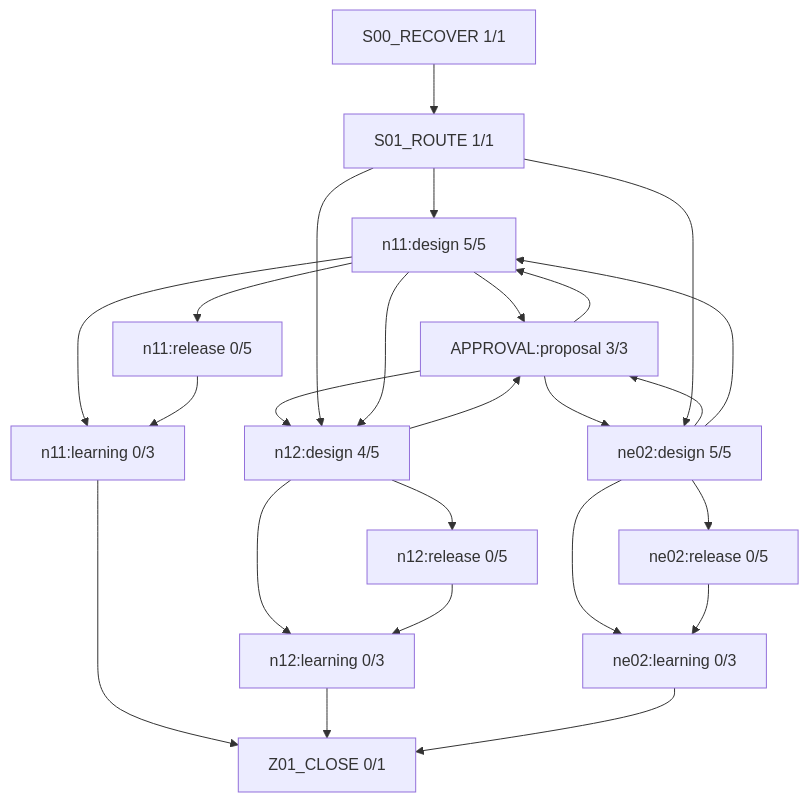
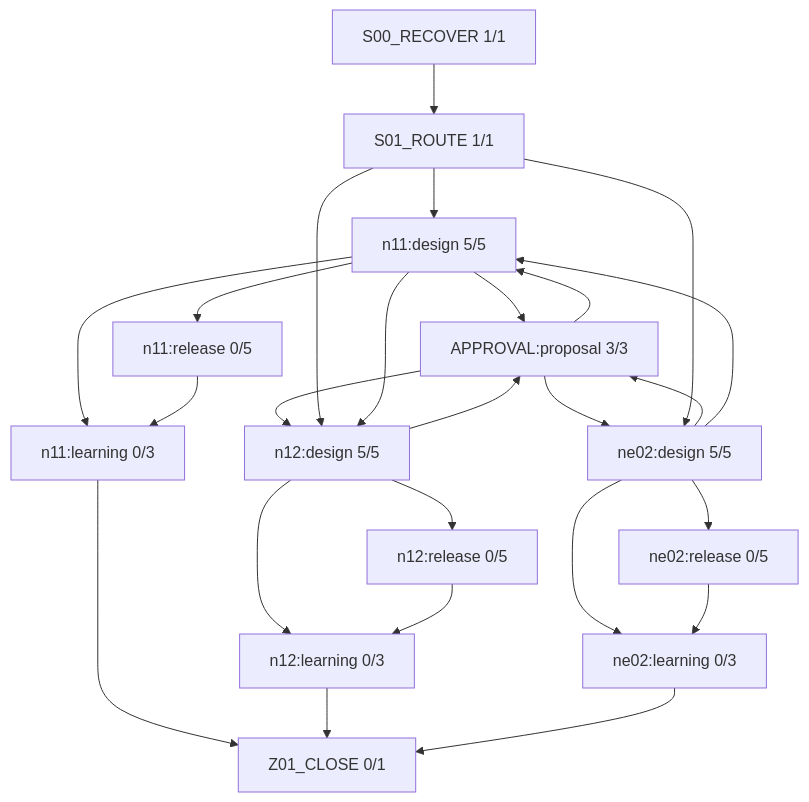
One commit to rrikunagasige-dot/kyotsu-step-web changed the diagram in work/items/W-MATH-036-ne02-n11-n12-guided-design/generated/FIRE_DIAGRAM.md. Above: the diagram before and after it, drawn with Mermaid. The commit also changed other lines of this file and 17 other files, not shown here.

````diff
--- a/work/items/W-MATH-036-ne02-n11-n12-guided-design/generated/FIRE_DIAGRAM.md
+++ b/work/items/W-MATH-036-ne02-n11-n12-guided-design/generated/FIRE_DIAGRAM.md
@@ -5,40 +5,40 @@
 ```mermaid
 flowchart TD
   N0["S00_RECOVER 1/1"]
   N1["S01_ROUTE 1/1"]
   N2["ne02:design 5/5"]
   N3["APPROVAL:proposal 3/3"]
   N4["ne02:release 0/5"]
   N5["n11:design 5/5"]
   N6["n11:release 0/5"]
-  N7["n12:design 4/5"]
+  N7["n12:design 5/5"]
   N8["n12:release 0/5"]
   N9["ne02:learning 0/3"]
   N10["n11:learning 0/3"]
   N11["n12:learning 0/3"]
   N12["Z01_CLOSE 0/1"]
   N3 --> N5
   N3 --> N7
   N3 --> N2
   N0 --> N1
   N1 --> N5
   N1 --> N7
   N1 --> N2
   N5 --> N3
   N5 --> N10
   N5 --> N6
   N5 --> N7
   N10 --> N12
   N6 --> N10
   N7 --> N3
   N7 --> N11
   N7 --> N8
   N11 --> N12
   N8 --> N11
   N2 --> N3
   N2 --> N5
   N2 --> N9
   N2 --> N4
   N9 --> N12
   N4 --> N9
 ```
````
